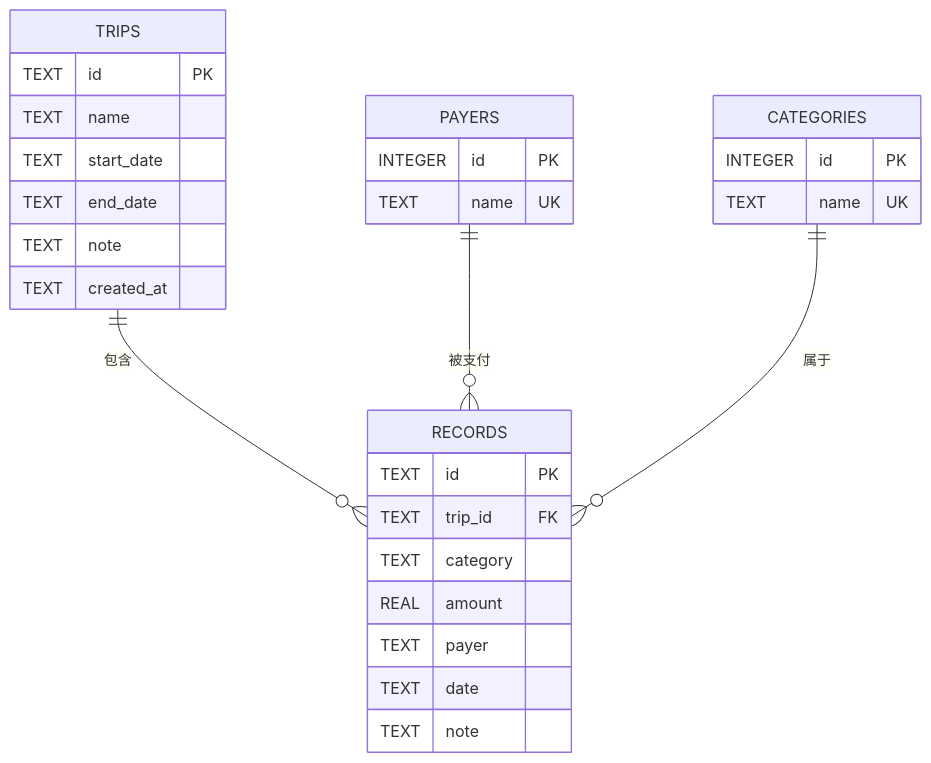
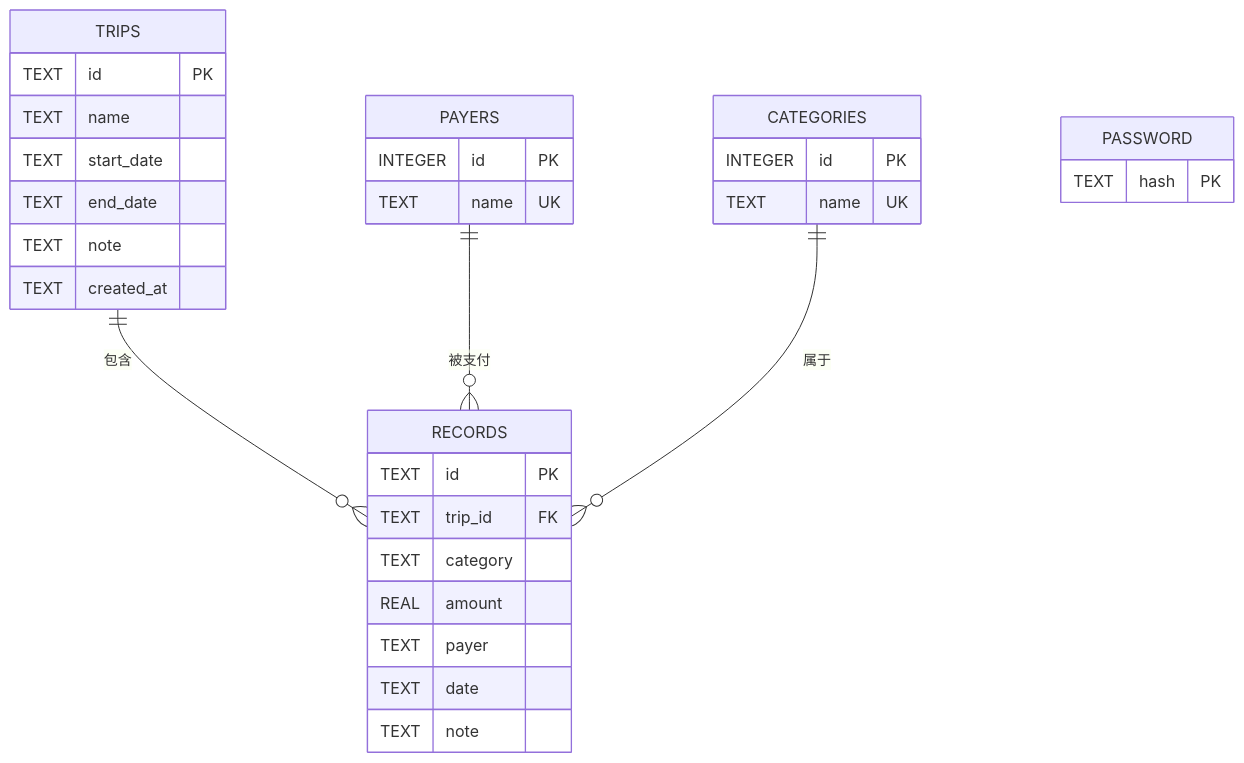
Before and after one commit to louyinmin/recorded: the second of 21 diagrams in .qoder/repowiki/zh/content/核心功能实现/核心功能实现.md, drawn with Mermaid. The commit also changed other lines of this file and 6 other files, not shown here.

````diff
--- a/.qoder/repowiki/zh/content/核心功能实现/核心功能实现.md
+++ b/.qoder/repowiki/zh/content/核心功能实现/核心功能实现.md
@@ -80,31 +100,34 @@
 ```mermaid
 erDiagram
 TRIPS {
 TEXT id PK
 TEXT name
 TEXT start_date
 TEXT end_date
 TEXT note
 TEXT created_at
 }
 RECORDS {
 TEXT id PK
 TEXT trip_id FK
 TEXT category
 REAL amount
 TEXT payer
 TEXT date
 TEXT note
 }
 PAYERS {
 INTEGER id PK
 TEXT name UK
 }
 CATEGORIES {
 INTEGER id PK
 TEXT name UK
 }
+PASSWORD {
+TEXT hash PK
+}
 TRIPS ||--o{ RECORDS : "包含"
 PAYERS ||--o{ RECORDS : "被支付"
 CATEGORIES ||--o{ RECORDS : "属于"
 ```
````
